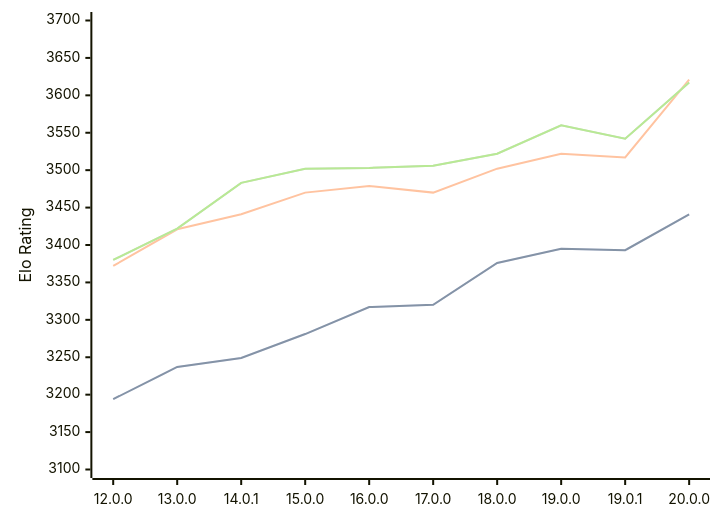
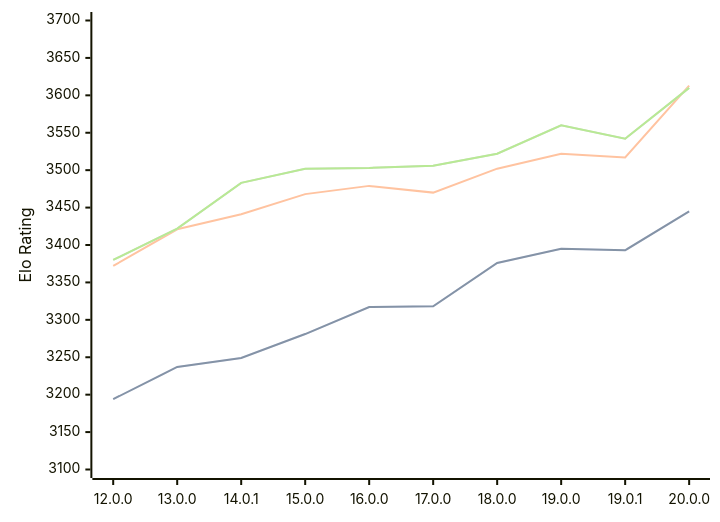
The first of 3 diagrams in engines/Viridithas.md (computer-chess-index/cci), drawn with Mermaid before and after one commit. The commit also changed other lines of this file, not shown here.

Commit message:
Update CCI Ratings (ELO VLTC) - 2026-07-06

````diff
--- a/engines/Viridithas.md
+++ b/engines/Viridithas.md
@@ -64,11 +64,11 @@
 ```mermaid
 %%{init: {"theme":"base","themeVariables":{"seriesColors:['#a3a3a3','#222221','#faa371']}}}%%
 xychart-beta
   x-axis ["12.0.0", "13.0.0", "14.0.1", "15.0.0", "16.0.0", "17.0.0", "18.0.0", "19.0.0", "19.0.1", "20.0.0"]
   y-axis "Elo Rating" 3100 --> 3700
-  line "STC (8.0+0.08s)" [3194, 3237, 3249, 3281, 3317, 3320, 3376, 3395, 3393, 3441]
-  line "STC (8.0+0.08s)" [3194, 3237, 3249, 3281, 3317, 3320, 3376, 3395, 3393, 3441]
-  line "LTC (60.0+0.60s)" [3372, 3421, 3441, 3470, 3479, 3470, 3502, 3522, 3517, 3621]
-  line "VLTC (2m24s+1.12s)" [3380, 3422, 3483, 3502, 3503, 3506, 3522, 3560, 3542, 3617]
-  line "VLTC (2m24s+1.12s)" [3380, 3422, 3483, 3502, 3503, 3506, 3522, 3560, 3542, 3617]
+  line "STC (8.0+0.08s)" [3194, 3237, 3249, 3281, 3317, 3318, 3376, 3395, 3393, 3445]
+  line "STC (8.0+0.08s)" [3194, 3237, 3249, 3281, 3317, 3318, 3376, 3395, 3393, 3445]
+  line "LTC (60.0+0.60s)" [3372, 3421, 3441, 3468, 3479, 3470, 3502, 3522, 3517, 3613]
+  line "VLTC (2m24s+1.12s)" [3380, 3422, 3483, 3502, 3503, 3506, 3522, 3560, 3542, 3610]
+  line "VLTC (2m24s+1.12s)" [3380, 3422, 3483, 3502, 3503, 3506, 3522, 3560, 3542, 3610]
 ```
````
